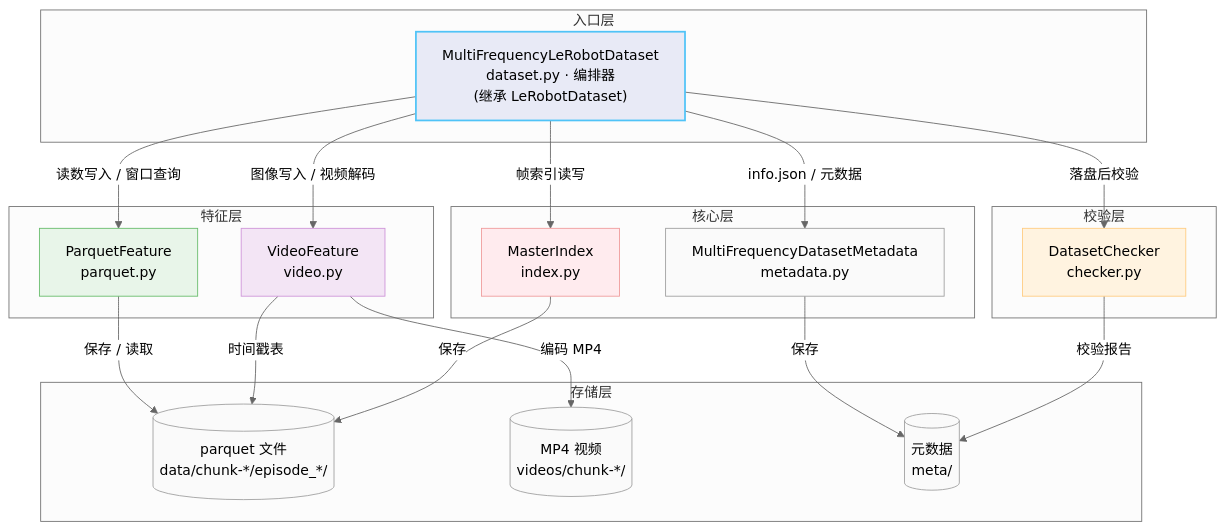
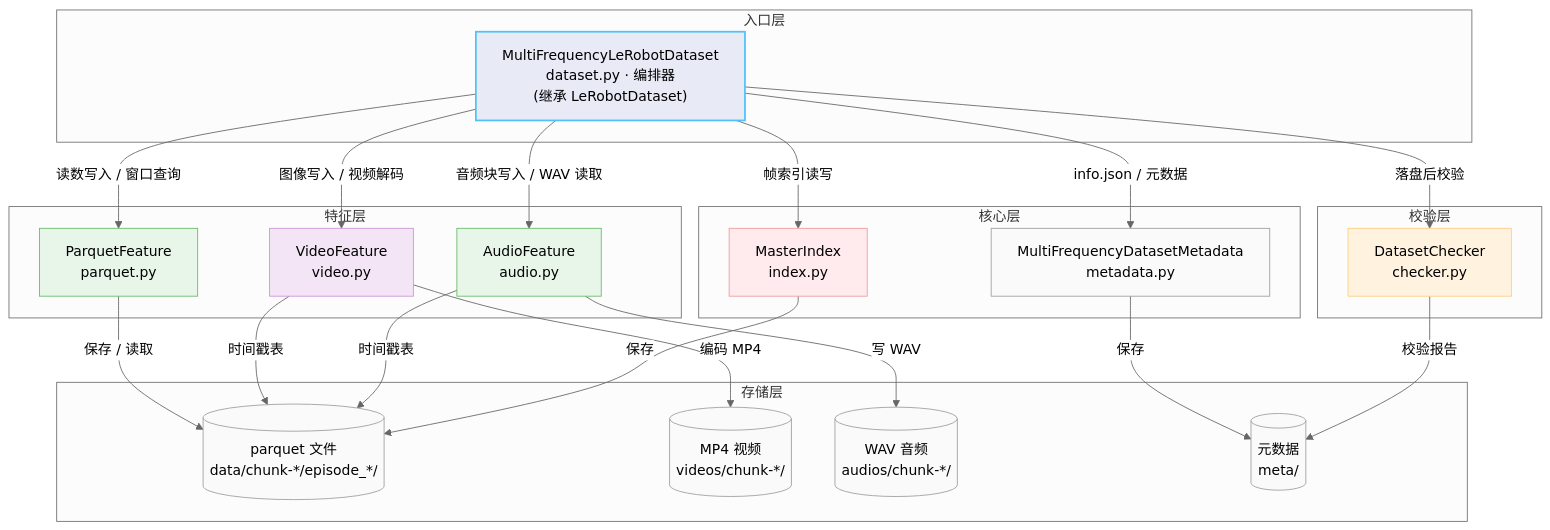
The fourth of 4 diagrams in README_zh-CN.md (Koorye/Multi-Frequency-LeRobot), drawn with Mermaid (neutral theme) before and after one commit. The commit also changed other lines of this file and 13 other files, not shown here.

````diff
--- a/README_zh-CN.md
+++ b/README_zh-CN.md
@@ -621,48 +667,55 @@
 ```mermaid
 flowchart TB
     subgraph Entry["入口层"]
         DS["MultiFrequencyLeRobotDataset<br/>dataset.py · 编排器<br/>(继承 LeRobotDataset)"]
     end
 
     subgraph Core["核心层"]
         IX["MasterIndex<br/>index.py"]
         MD["MultiFrequencyDatasetMetadata<br/>metadata.py"]
     end
 
     subgraph Features["特征层"]
         PF["ParquetFeature<br/>parquet.py"]
         VF["VideoFeature<br/>video.py"]
+        AuF["AudioFeature<br/>audio.py"]
     end
 
     subgraph Validate["校验层"]
         CK["DatasetChecker<br/>checker.py"]
     end
 
     subgraph Store["存储层"]
         PQ[("parquet 文件<br/>data/chunk-*/episode_*/")]
         MP4[("MP4 视频<br/>videos/chunk-*/")]
+        WAV[("WAV 音频<br/>audios/chunk-*/")]
         META[("元数据<br/>meta/")]
     end
 
     DS -->|"帧索引读写"| IX
     DS -->|"info.json / 元数据"| MD
     DS -->|"读数写入 / 窗口查询"| PF
     DS -->|"图像写入 / 视频解码"| VF
+    DS -->|"音频块写入 / WAV 读取"| AuF
     DS -->|"落盘后校验"| CK
     PF -->|"保存 / 读取"| PQ
     VF -->|"编码 MP4"| MP4
     VF -->|"时间戳表"| PQ
+    AuF -->|"写 WAV"| WAV
+    AuF -->|"时间戳表"| PQ
     IX -->|"保存"| PQ
     MD -->|"保存"| META
     CK -->|"校验报告"| META
 
     style DS fill:#e8eaf6,stroke:#4fc3f7,stroke-width:2px,color:#000
     style IX fill:#ffebee,stroke:#ef9a9a,color:#000
     style MD fill:#fafafa,stroke:#9e9e9e,color:#000
     style PF fill:#e8f5e9,stroke:#66bb6a,color:#000
     style VF fill:#f3e5f5,stroke:#ce93d8,color:#000
+    style AuF fill:#e8f5e9,stroke:#66bb6a,color:#000
     style CK fill:#fff3e0,stroke:#ffcc80,color:#000
     style PQ fill:#fafafa,stroke:#9e9e9e,color:#000
     style MP4 fill:#fafafa,stroke:#9e9e9e,color:#000
+    style WAV fill:#fafafa,stroke:#9e9e9e,color:#000
     style META fill:#fafafa,stroke:#9e9e9e,color:#000
 ```
````
